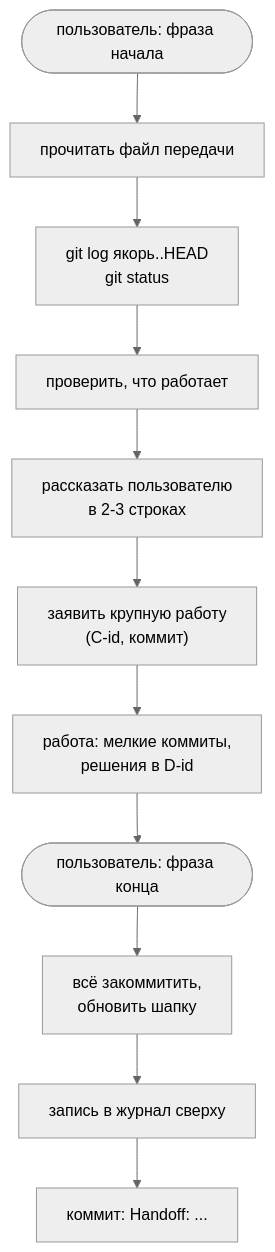
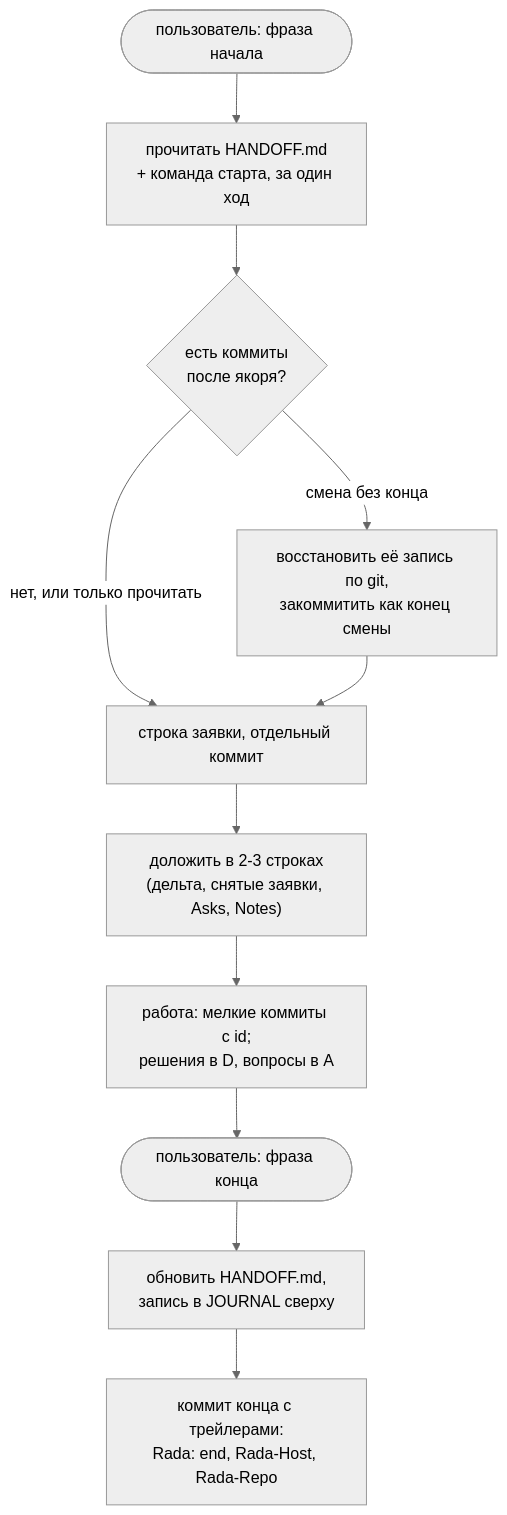
One commit to kewl-ua/rada-anchor changed the diagram in README.ru.md. Above: the diagram before and after it, drawn with Mermaid (neutral theme). The commit also changed other lines of this file and 6 other files, not shown here.

````diff
--- a/README.ru.md
+++ b/README.ru.md
@@ -47,13 +124,13 @@
 ```mermaid
 flowchart TD
-    A(["пользователь: фраза начала"]) --> B["прочитать файл передачи"]
-    B --> C["git log якорь..HEAD<br/>git status"]
-    C --> D["проверить, что работает"]
-    D --> E["рассказать пользователю<br/>в 2-3 строках"]
-    E --> F["заявить крупную работу<br/>(C-id, коммит)"]
-    F --> G["работа: мелкие коммиты,<br/>решения в D-id"]
-    G --> H(["пользователь: фраза конца"])
-    H --> I["всё закоммитить,<br/>обновить шапку"]
-    I --> J["запись в журнал сверху"]
-    J --> K["коммит: Handoff: ..."]
+    A(["пользователь: фраза начала"]) --> B["прочитать HANDOFF.md<br/>+ команда старта, за один ход"]
+    B --> C{"есть коммиты<br/>после якоря?"}
+    C -- "смена без конца" --> R["восстановить её запись по git,<br/>закоммитить как конец смены"]
+    C -- "нет, или только прочитать" --> D["строка заявки, отдельный коммит"]
+    R --> D
+    D --> E["доложить в 2-3 строках<br/>(дельта, снятые заявки, Asks, Notes)"]
+    E --> F["работа: мелкие коммиты с id;<br/>решения в D, вопросы в A"]
+    F --> G(["пользователь: фраза конца"])
+    G --> H["обновить HANDOFF.md,<br/>запись в JOURNAL сверху"]
+    H --> I["коммит конца с трейлерами:<br/>Rada: end, Rada-Host, Rada-Repo"]
 ```
````
